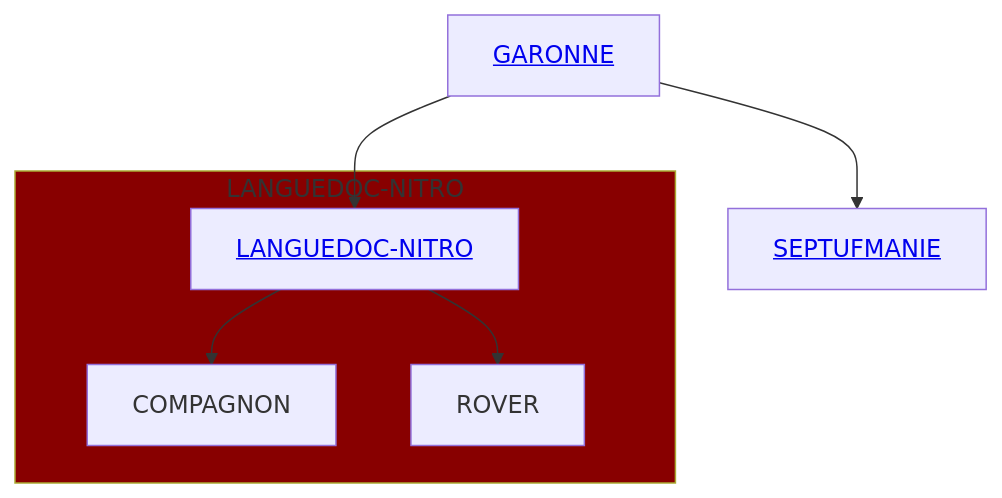
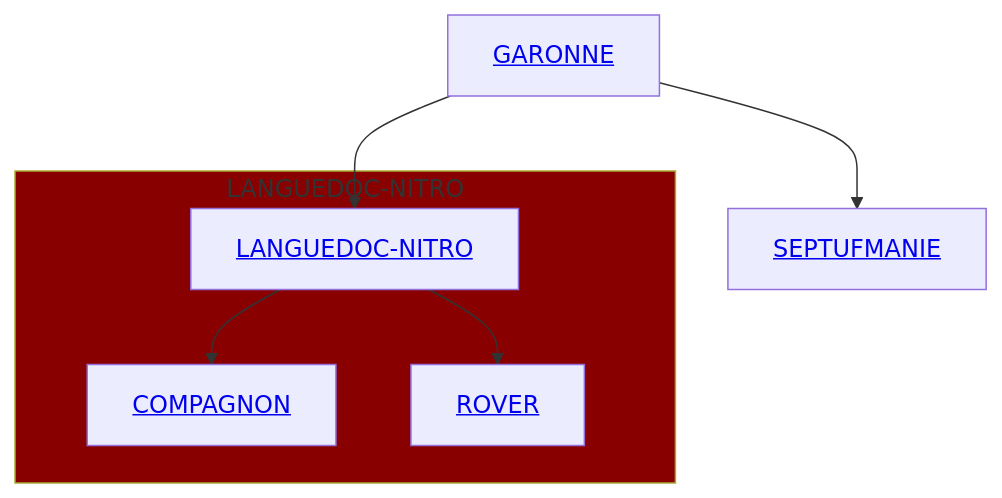
One commit to Septimania/septimania changed the diagram in README.md. Above: the diagram before and after it, drawn with Mermaid.

````diff
--- a/README.md
+++ b/README.md
@@ -154,11 +154,11 @@
 ```mermaid
   graph TD
       A["<a href="https://synologygaronne.wixsite.com/synologygaronne">GARONNE</a>"] --> B["<a href="https://languedocnitro.wixsite.com/languedoc-nitro">LANGUEDOC-NITRO</a>"]
       subgraph NITRO [LANGUEDOC-NITRO]
-      B --> C[COMPAGNON]
-      B --> D[ROVER]
+      B --> C["<a href="https://languedocnitro.wixsite.com/compagnon">COMPAGNON</a>"]
+      B --> D["<a href="https://languedocnitro.wixsite.com/rover">ROVER</a>"]
       end
       A --> E["<a href="https://septufmanie.wixsite.com/septufmanie">SEPTUFMANIE</a>"]
 
       style NITRO fill:#800
 ```
````
